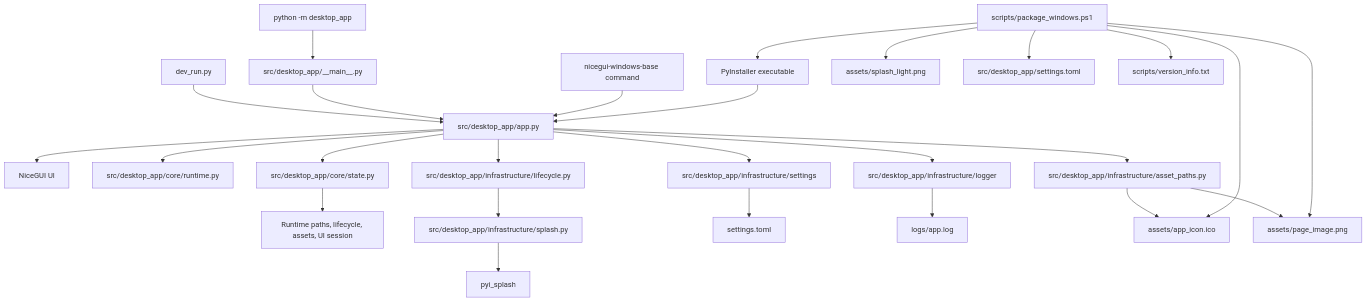
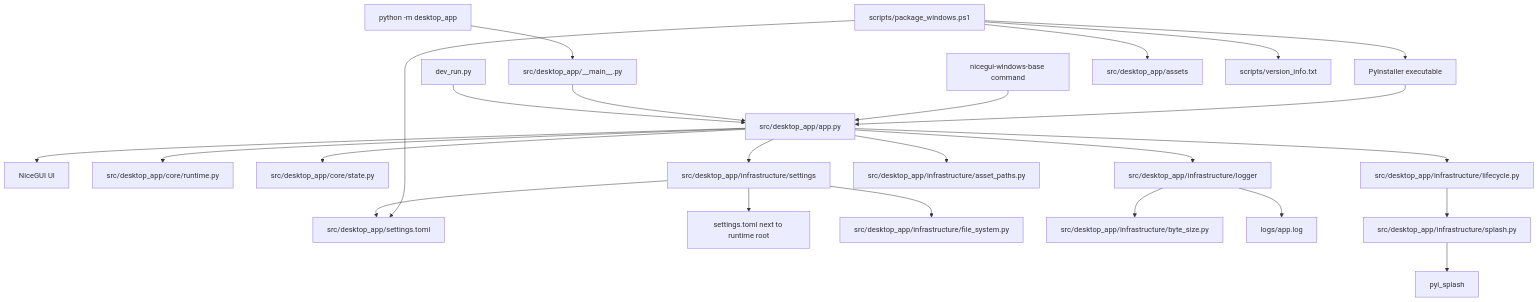
One commit to Fonze81/NiceGui-Windows-Base changed the diagram in docs/README.md. Above: the diagram before and after it, drawn with Mermaid. The commit also changed other lines of this file and 15 other files, not shown here.

````diff
--- a/docs/README.md
+++ b/docs/README.md
@@ -45,31 +49,29 @@
 ```mermaid
 flowchart TD
     A[dev_run.py] --> B[src/desktop_app/app.py]
     C[python -m desktop_app] --> D[src/desktop_app/__main__.py]
     D --> B
     E[nicegui-windows-base command] --> B
     F[PyInstaller executable] --> B
 
     B --> G[NiceGUI UI]
     B --> H[src/desktop_app/core/runtime.py]
-    B --> T[src/desktop_app/core/state.py]
-    T --> X[Runtime paths, lifecycle, assets, UI session]
-    B --> U[src/desktop_app/infrastructure/settings]
-    B --> I[src/desktop_app/infrastructure/asset_paths.py]
-    B --> J[src/desktop_app/infrastructure/lifecycle.py]
-    B --> R[src/desktop_app/infrastructure/logger]
-    J --> K[src/desktop_app/infrastructure/splash.py]
-    U --> V[settings.toml]
-    R --> S[logs/app.log]
+    B --> I[src/desktop_app/core/state.py]
+    B --> J[src/desktop_app/infrastructure/settings]
+    B --> K[src/desktop_app/infrastructure/logger]
+    B --> L[src/desktop_app/infrastructure/asset_paths.py]
+    B --> M[src/desktop_app/infrastructure/lifecycle.py]
 
-    I --> L[assets/app_icon.ico]
-    I --> M[assets/page_image.png]
-    K --> N[pyi_splash]
+    J --> N[src/desktop_app/settings.toml]
+    J --> O[settings.toml next to runtime root]
+    J --> P[src/desktop_app/infrastructure/file_system.py]
+    K --> Q[src/desktop_app/infrastructure/byte_size.py]
+    K --> R[logs/app.log]
+    M --> S[src/desktop_app/infrastructure/splash.py]
+    S --> T[pyi_splash]
 
-    O[scripts/package_windows.ps1] --> F
-    O --> L
-    O --> M
-    O --> P[assets/splash_light.png]
-    O --> W[src/desktop_app/settings.toml]
-    O --> Q[scripts/version_info.txt]
+    U[scripts/package_windows.ps1] --> F
+    U --> V[src/desktop_app/assets]
+    U --> N
+    U --> W[scripts/version_info.txt]
 ```
````
